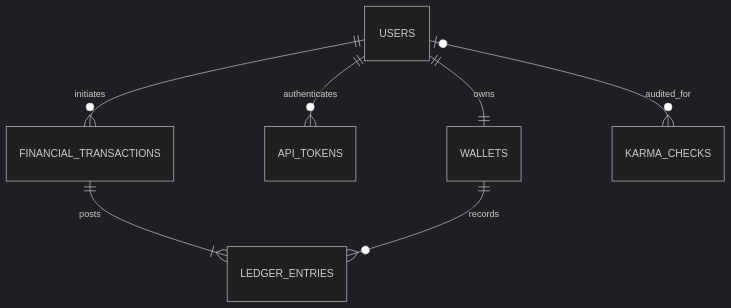
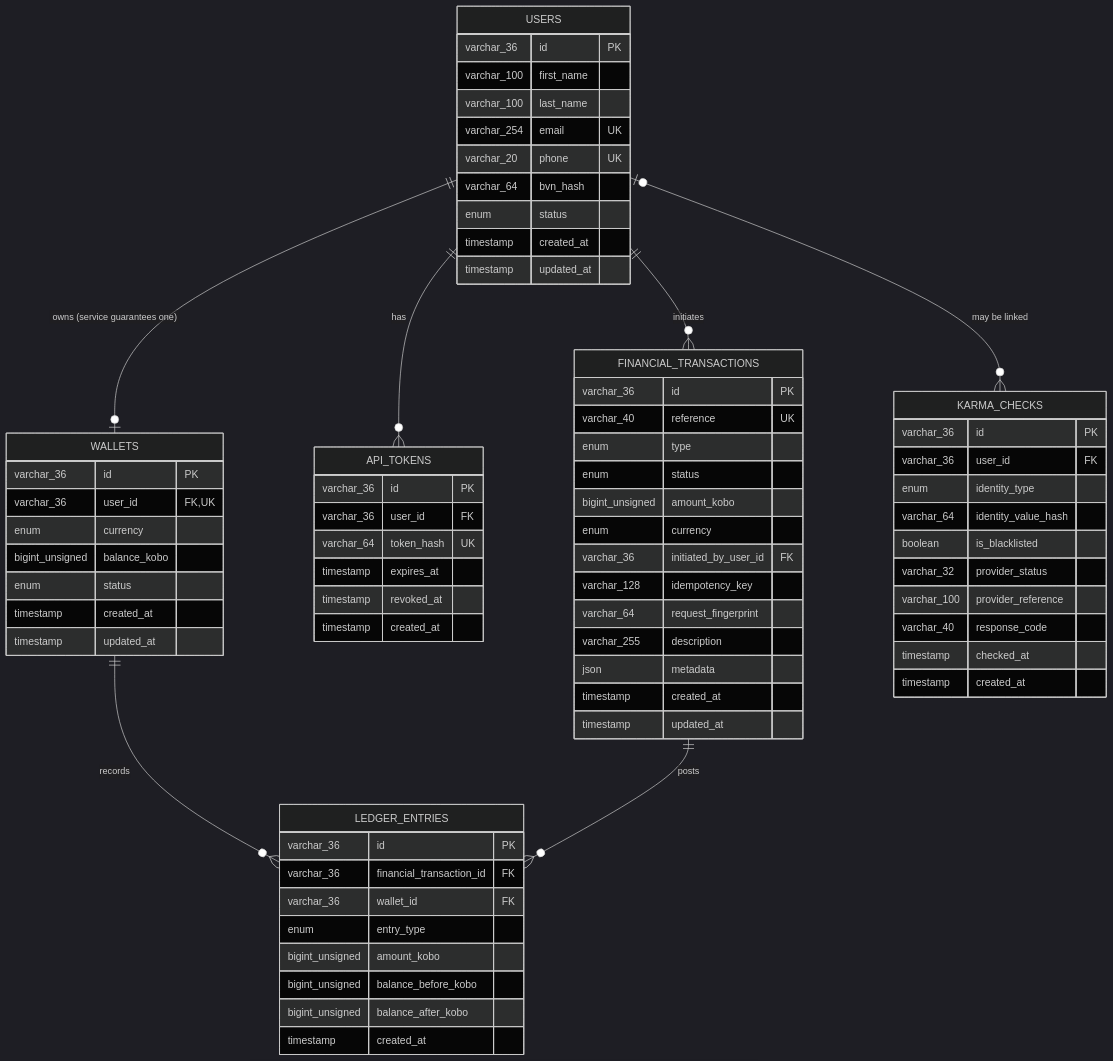
Before and after one commit to ukcharlies/ukachi-charles-lendsqr-be-test: the third of 3 diagrams in README.md, drawn with Mermaid (dark theme). The commit also changed other lines of this file and 7 other files, not shown here.

````diff
--- a/README.md
+++ b/README.md
@@ -30,9 +109,74 @@
 ```mermaid
 erDiagram
-  USERS ||--|| WALLETS : owns
-  USERS ||--o{ API_TOKENS : authenticates
-  USERS ||--o{ FINANCIAL_TRANSACTIONS : initiates
-  USERS o|--o{ KARMA_CHECKS : audited_for
-  FINANCIAL_TRANSACTIONS ||--|{ LEDGER_ENTRIES : posts
-  WALLETS ||--o{ LEDGER_ENTRIES : records
+    USERS {
+        varchar_36 id PK
+        varchar_100 first_name
+        varchar_100 last_name
+        varchar_254 email UK
+        varchar_20 phone UK
+        varchar_64 bvn_hash
+        enum status
+        timestamp created_at
+        timestamp updated_at
+    }
+    WALLETS {
+        varchar_36 id PK
+        varchar_36 user_id FK,UK
+        enum currency
+        bigint_unsigned balance_kobo
+        enum status
+        timestamp created_at
+        timestamp updated_at
+    }
+    API_TOKENS {
+        varchar_36 id PK
+        varchar_36 user_id FK
+        varchar_64 token_hash UK
+        timestamp expires_at
+        timestamp revoked_at
+        timestamp created_at
+    }
+    FINANCIAL_TRANSACTIONS {
+        varchar_36 id PK
+        varchar_40 reference UK
+        enum type
+        enum status
+        bigint_unsigned amount_kobo
+        enum currency
+        varchar_36 initiated_by_user_id FK
+        varchar_128 idempotency_key
+        varchar_64 request_fingerprint
+        varchar_255 description
+        json metadata
+        timestamp created_at
+        timestamp updated_at
+    }
+    LEDGER_ENTRIES {
+        varchar_36 id PK
+        varchar_36 financial_transaction_id FK
+        varchar_36 wallet_id FK
+        enum entry_type
+        bigint_unsigned amount_kobo
+        bigint_unsigned balance_before_kobo
+        bigint_unsigned balance_after_kobo
+        timestamp created_at
+    }
+    KARMA_CHECKS {
+        varchar_36 id PK
+        varchar_36 user_id FK
+        enum identity_type
+        varchar_64 identity_value_hash
+        boolean is_blacklisted
+        varchar_32 provider_status
+        varchar_100 provider_reference
+        varchar_40 response_code
+        timestamp checked_at
+        timestamp created_at
+    }
+    USERS ||--o| WALLETS : "owns (service guarantees one)"
+    USERS ||--o{ API_TOKENS : has
+    USERS ||--o{ FINANCIAL_TRANSACTIONS : initiates
+    USERS o|--o{ KARMA_CHECKS : "may be linked"
+    WALLETS ||--o{ LEDGER_ENTRIES : records
+    FINANCIAL_TRANSACTIONS ||--o{ LEDGER_ENTRIES : posts
 ```
````
